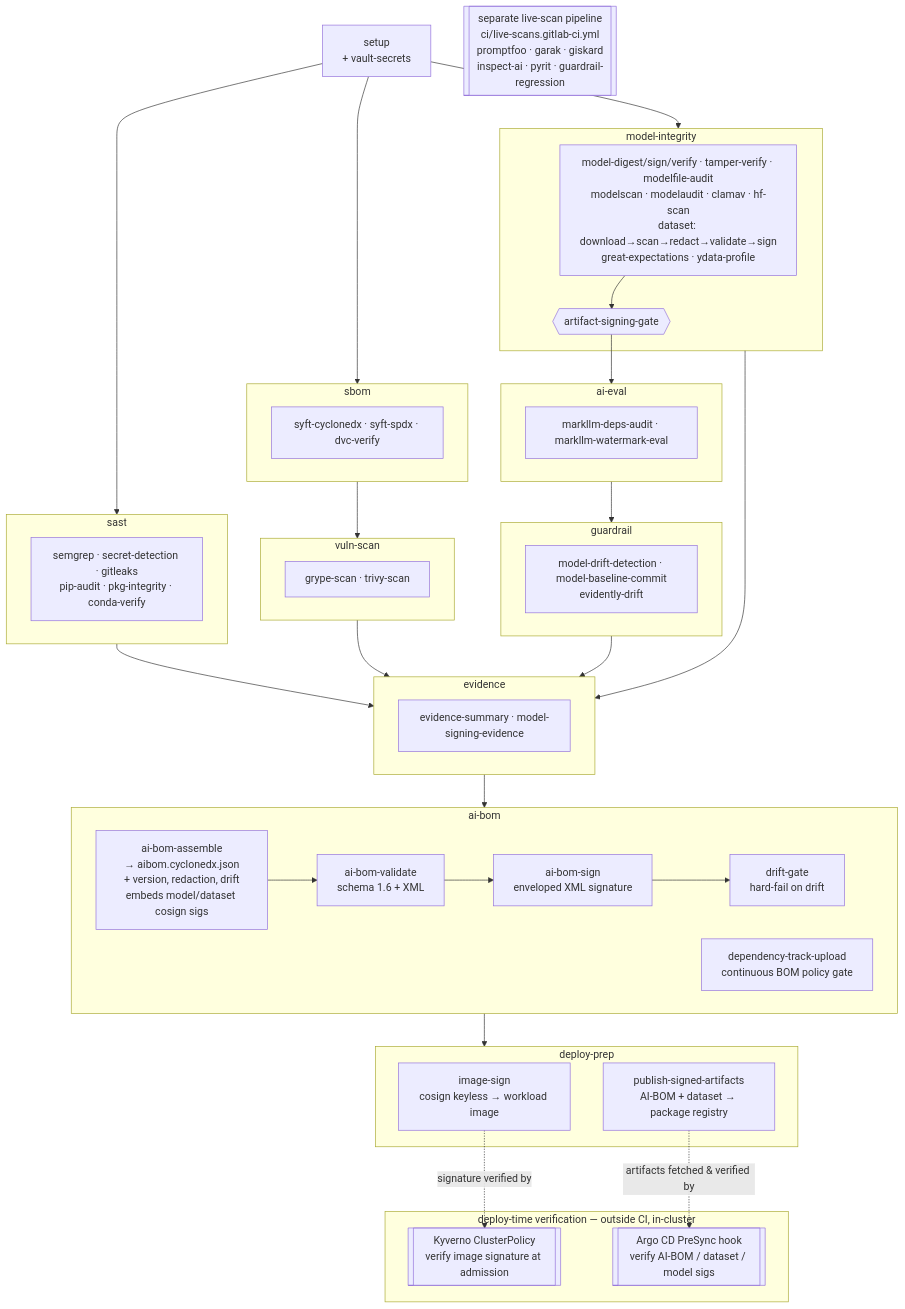
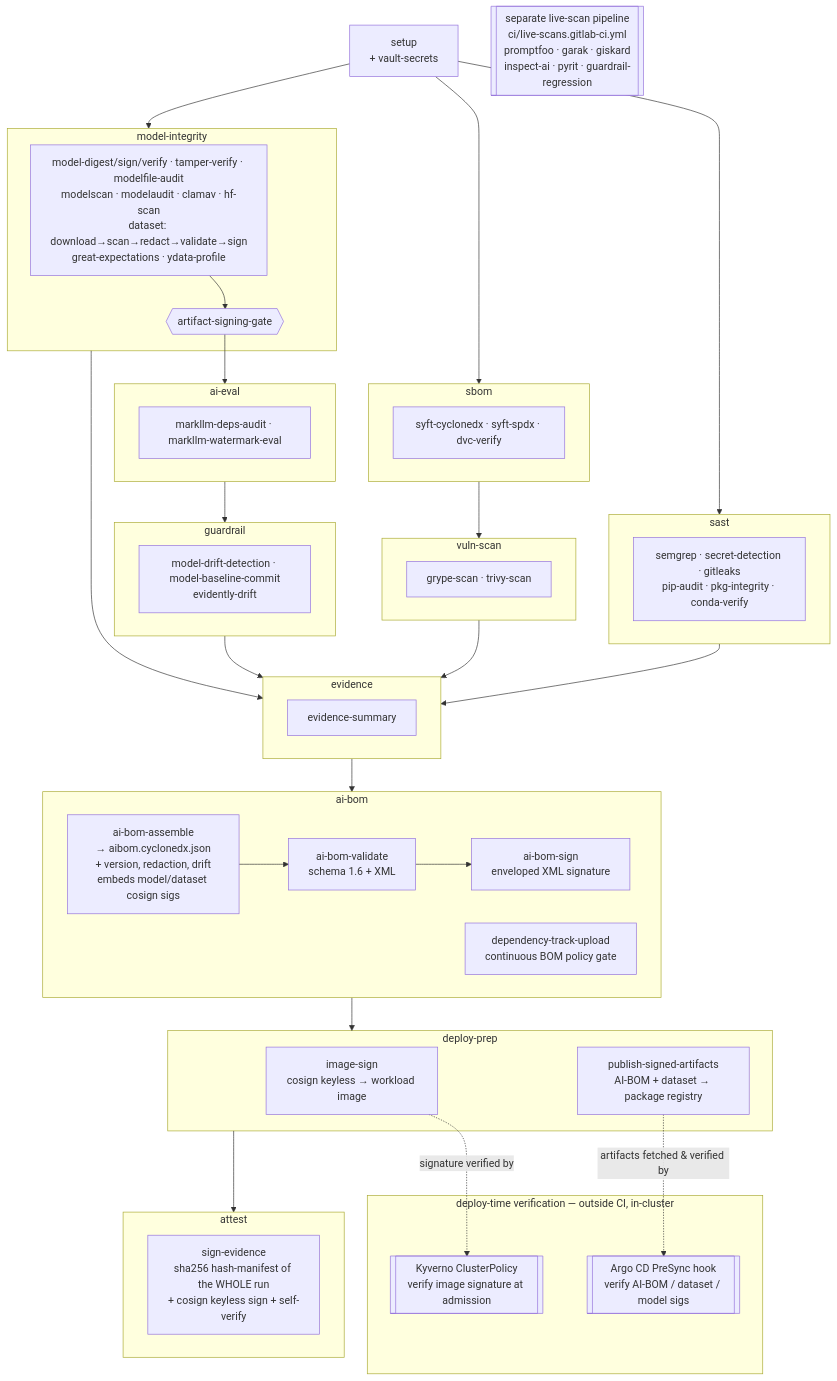
The diagram in docs/gaips-materials/README.md (Nate-Carroll-Cyber/mlsecdevops-pipeline-example), drawn with Mermaid before and after one commit. The commit also changed other lines of this file and 7 other files, not shown here.

````diff
--- a/docs/gaips-materials/README.md
+++ b/docs/gaips-materials/README.md
@@ -82,50 +82,54 @@
 ```mermaid
 flowchart TD
     setup[setup<br/>+ vault-secrets]
 
     subgraph SAST [sast]
       sast_jobs[semgrep · secret-detection · gitleaks<br/>pip-audit · pkg-integrity · conda-verify]
     end
     subgraph SBOM [sbom]
       sbom_jobs[syft-cyclonedx · syft-spdx · dvc-verify]
     end
     subgraph VULN [vuln-scan]
       vuln_jobs[grype-scan · trivy-scan]
     end
     subgraph MI [model-integrity]
       mi_jobs[model-digest/sign/verify · tamper-verify · modelfile-audit<br/>modelscan · modelaudit · clamav · hf-scan<br/>dataset: download→scan→redact→validate→sign<br/>great-expectations · ydata-profile]
       gate{{artifact-signing-gate}}
       mi_jobs --> gate
     end
     subgraph EVAL [ai-eval]
       eval_jobs[markllm-deps-audit · markllm-watermark-eval]
     end
     subgraph GUARD [guardrail]
       guard_jobs[model-drift-detection · model-baseline-commit<br/>evidently-drift]
     end
     livescan[[separate live-scan pipeline<br/>ci/live-scans.gitlab-ci.yml<br/>promptfoo · garak · giskard<br/>inspect-ai · pyrit · guardrail-regression]]
     subgraph EVID [evidence]
-      evid_jobs[evidence-summary · model-signing-evidence]
+      evid_jobs[evidence-summary]
     end
     subgraph AIBOM [ai-bom]
-      assemble[ai-bom-assemble<br/>→ aibom.cyclonedx.json<br/>+ version, redaction, drift<br/>embeds model/dataset cosign sigs] --> validate[ai-bom-validate<br/>schema 1.6 + XML] --> aibom_sign[ai-bom-sign<br/>enveloped XML signature] --> drift_gate[drift-gate<br/>hard-fail on drift]
+      assemble[ai-bom-assemble<br/>→ aibom.cyclonedx.json<br/>+ version, redaction, drift<br/>embeds model/dataset cosign sigs] --> validate[ai-bom-validate<br/>schema 1.6 + XML] --> aibom_sign[ai-bom-sign<br/>enveloped XML signature]
       dtrack[dependency-track-upload<br/>continuous BOM policy gate]
     end
     subgraph DEPLOY [deploy-prep]
       imgsign[image-sign<br/>cosign keyless → workload image]
       publish[publish-signed-artifacts<br/>AI-BOM + dataset → package registry]
+    end
+    subgraph ATTEST [attest]
+      signev[sign-evidence<br/>sha256 hash-manifest of the WHOLE run<br/>+ cosign keyless sign + self-verify]
     end
     subgraph VERIFY [deploy-time verification — outside CI, in-cluster]
       kyverno[[Kyverno ClusterPolicy<br/>verify image signature at admission]]
       presync[[Argo CD PreSync hook<br/>verify AI-BOM / dataset / model sigs]]
     end
 
     setup --> SAST & SBOM & MI
     SBOM --> VULN
     gate --> EVAL --> GUARD
     SAST & VULN & GUARD & MI --> EVID
     EVID --> AIBOM
     AIBOM --> DEPLOY
+    DEPLOY --> ATTEST
     imgsign -. "signature verified by" .-> kyverno
     publish -. "artifacts fetched & verified by" .-> presync
 ```
````
